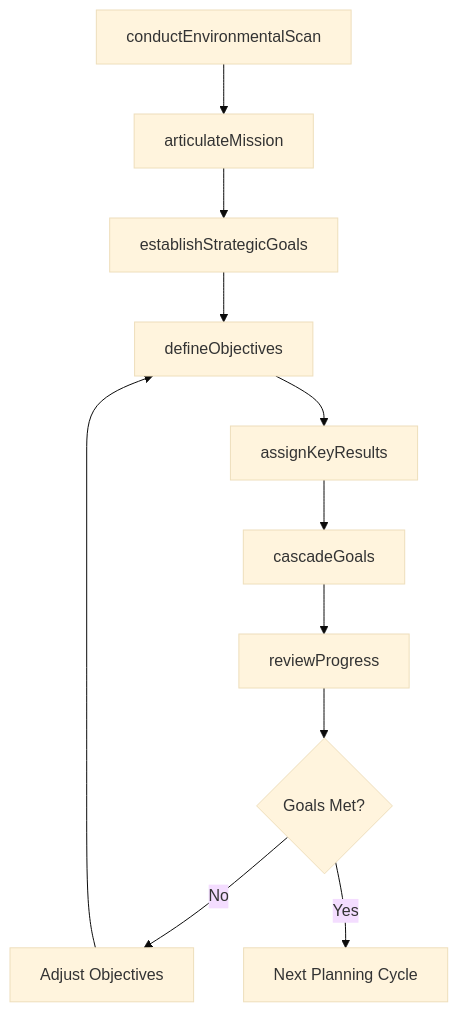
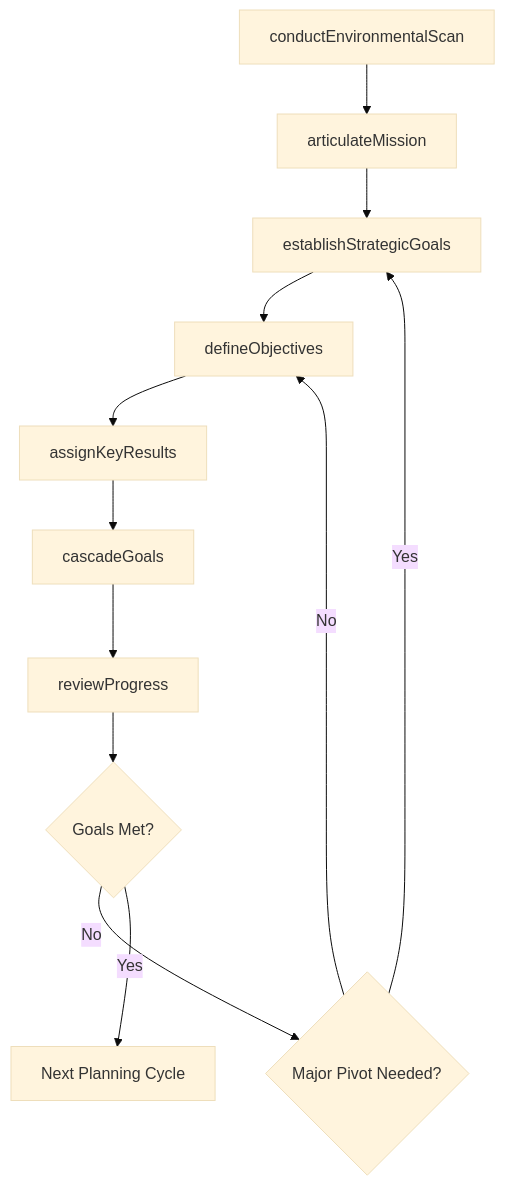
The third of 4 diagrams in OrganizingPlanningAndPrioritizingWork/DevelopOrganizationalGoalsOrObjectives/DevelopGoalsObjectivesOrganizations.mdx (dot-org-ai/tasks.org.ai), drawn with Mermaid (base theme) before and after one commit. The commit also changed other lines of this file and 504 other files, not shown here.

First line of the commit message:
feat: Add ER diagrams, state diagrams, and workflow improvements to 96 DWA task files

````diff
--- a/OrganizingPlanningAndPrioritizingWork/DevelopOrganizationalGoalsOrObjectives/DevelopGoalsObjectivesOrganizations.mdx
+++ b/OrganizingPlanningAndPrioritizingWork/DevelopOrganizationalGoalsOrObjectives/DevelopGoalsObjectivesOrganizations.mdx
@@ -89,13 +119,14 @@
 ```mermaid
 graph TD
     A[conductEnvironmentalScan] --> B[articulateMission]
     B --> C[establishStrategicGoals]
     C --> D[defineObjectives]
     D --> E[assignKeyResults]
     E --> F[cascadeGoals]
     F --> G[reviewProgress]
     G --> H{Goals Met?}
-    H -->|No| I[Adjust Objectives]
-    I --> D
+    H -->|No| I{Major Pivot Needed?}
+    I -->|Yes| C
+    I -->|No| D
     H -->|Yes| J[Next Planning Cycle]
 ```
````
